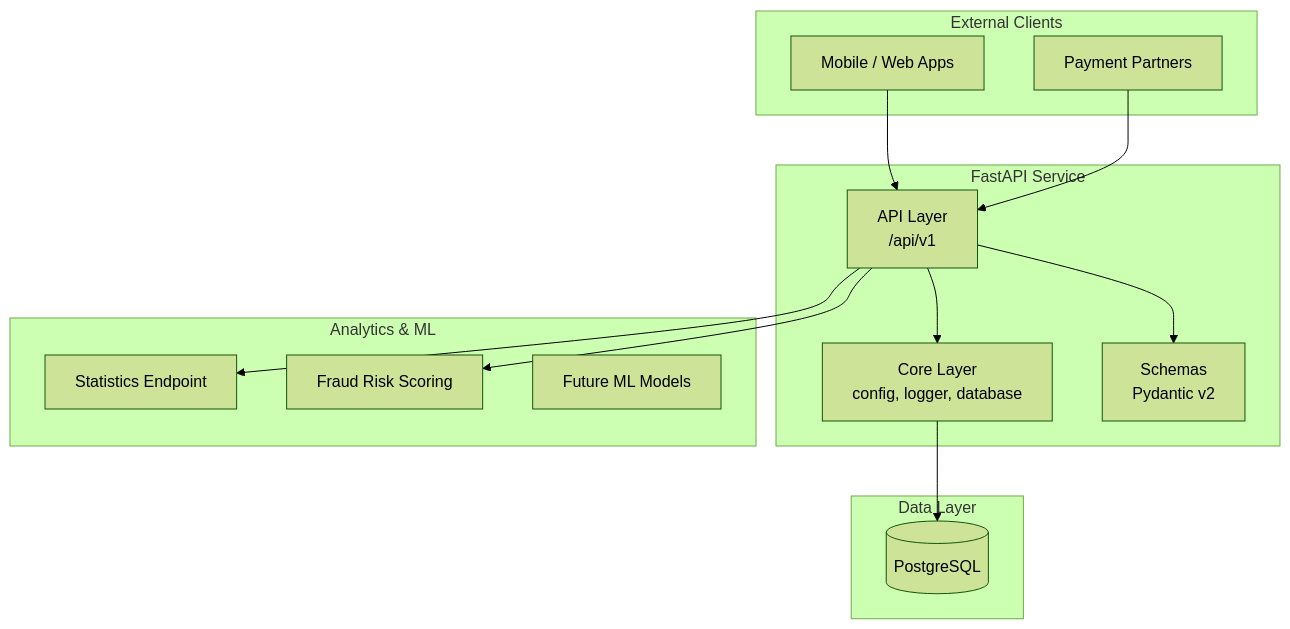
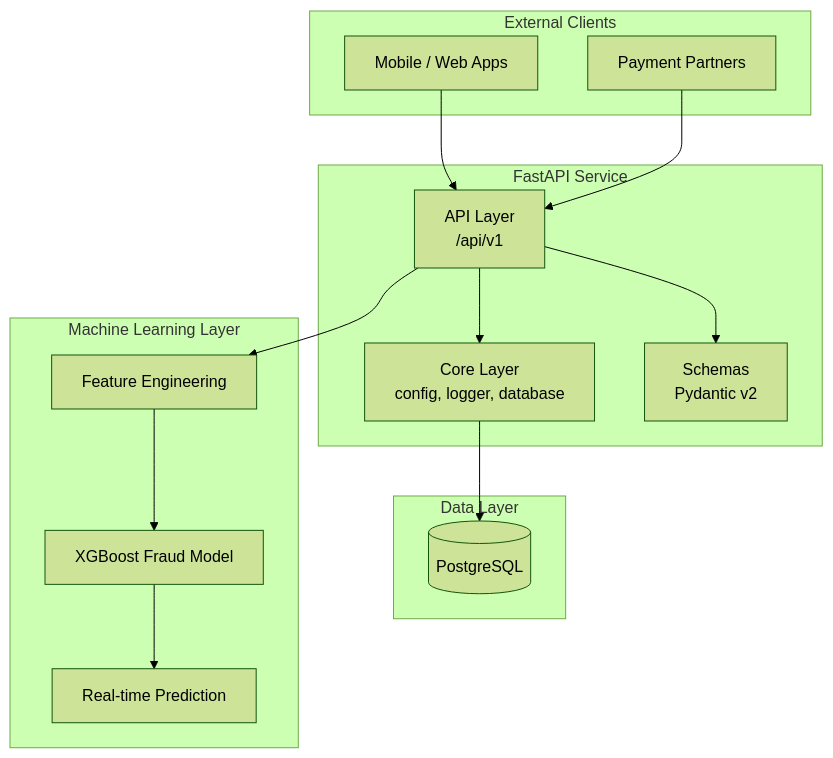
Before and after one commit to ginko97/transaction-processing-service: the diagram in README.md, drawn with Mermaid (forest theme). The commit also changed other lines of this file, not shown here.

Commit message:
docs: update README with Week 4 - XGBoost fraud detection model

````diff
--- a/README.md
+++ b/README.md
@@ -17,34 +42,32 @@
 ```mermaid
 flowchart TD
     subgraph Client["External Clients"]
         A[Mobile / Web Apps]
         B[Payment Partners]
     end
 
     subgraph API["FastAPI Service"]
         C[API Layer<br/>/api/v1]
         D[Core Layer<br/>config, logger, database]
         E[Schemas<br/>Pydantic v2]
     end
 
     subgraph Data["Data Layer"]
         F[(PostgreSQL)]
     end
 
-    subgraph Analytics["Analytics & ML"]
-        G[Statistics Endpoint]
-        H[Fraud Risk Scoring]
-        I[Future ML Models]
+    subgraph ML["Machine Learning Layer"]
+        G[Feature Engineering]
+        H[XGBoost Fraud Model]
+        I[Real-time Prediction]
     end
 
     A --> C
     B --> C
-
     C --> D
     C --> E
-
     D --> F
-
     C --> G
-    C --> H
+    G --> H
+    H --> I
 ```
````
